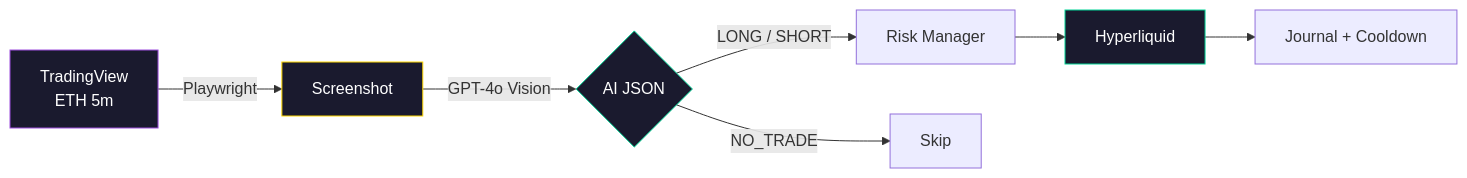
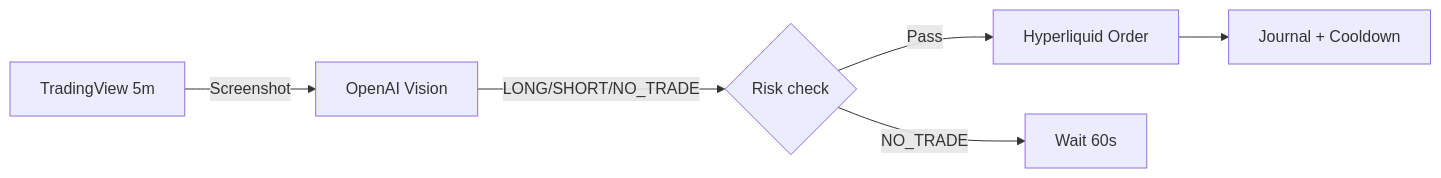
Before and after one commit to ZorakCorp/arvor-automated-trading-bot: the diagram in README.md, drawn with Mermaid. The commit also changed other lines of this file, not shown here.

````diff
--- a/README.md
+++ b/README.md
@@ -72,14 +287,8 @@
 ```mermaid
 flowchart LR
-    A[TradingView<br/>ETH 5m] -->|Playwright| B[Screenshot]
-    B -->|GPT-4o Vision| C{AI JSON}
-    C -->|LONG / SHORT| D[Risk Manager]
-    C -->|NO_TRADE| E[Skip]
-    D --> F[Hyperliquid]
-    F --> G[Journal + Cooldown]
-
-    style A fill:#1a1a2e,stroke:#9D4EDD,color:#fff
-    style B fill:#1a1a2e,stroke:#FFD700,color:#fff
-    style C fill:#1a1a2e,stroke:#00D395,color:#fff
-    style F fill:#1a1a2e,stroke:#00D395,color:#fff
+    A[TradingView 5m] -->|Screenshot| B[OpenAI Vision]
+    B -->|LONG/SHORT/NO_TRADE| C{Risk check}
+    C -->|Pass| D[Hyperliquid Order]
+    C -->|NO_TRADE| E[Wait 60s]
+    D --> F[Journal + Cooldown]
 ```
````
